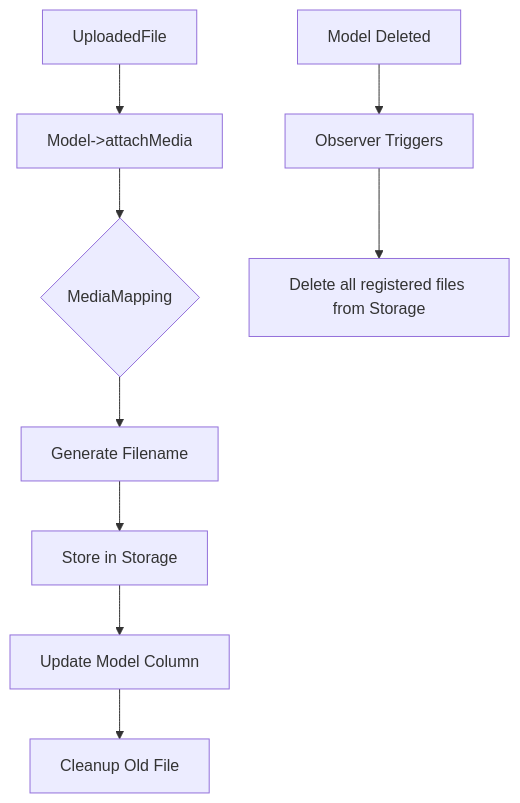
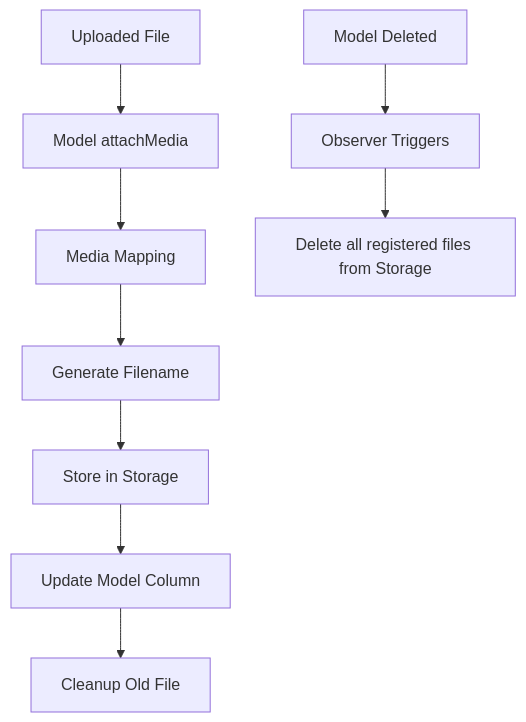
One commit to ibra379/laravel-model-media changed the diagram in README.md. Above: the diagram before and after it, drawn with Mermaid.

Commit message:
docs: improve mermaid diagram syntax for better github rendering

````diff
--- a/README.md
+++ b/README.md
@@ -134,11 +134,11 @@
 ```mermaid
 graph TD
-    A[UploadedFile] --> B[Model->attachMedia]
-    B --> C{MediaMapping}
+    A[Uploaded File] --> B[Model attachMedia]
+    B --> C[Media Mapping]
     C --> D[Generate Filename]
     D --> E[Store in Storage]
     E --> F[Update Model Column]
     F --> G[Cleanup Old File]
     H[Model Deleted] --> I[Observer Triggers]
     I --> J[Delete all registered files from Storage]
 ```
````
